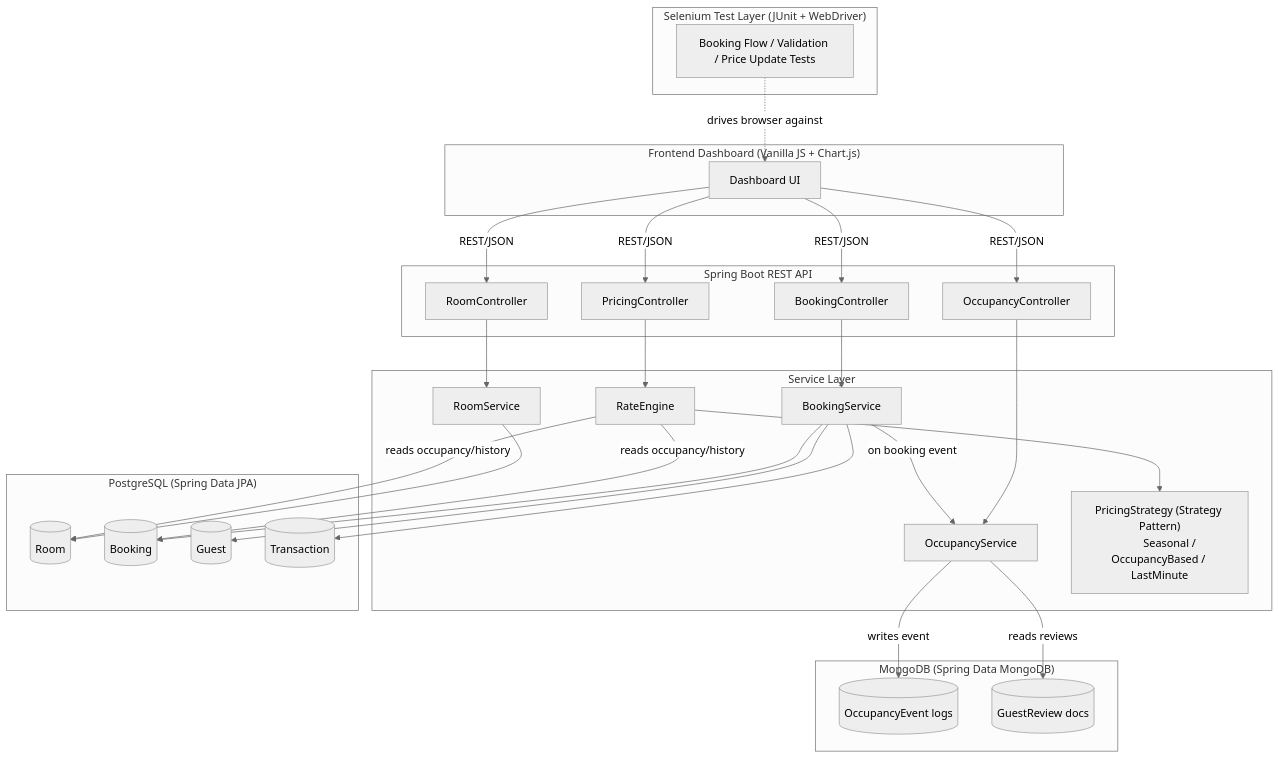
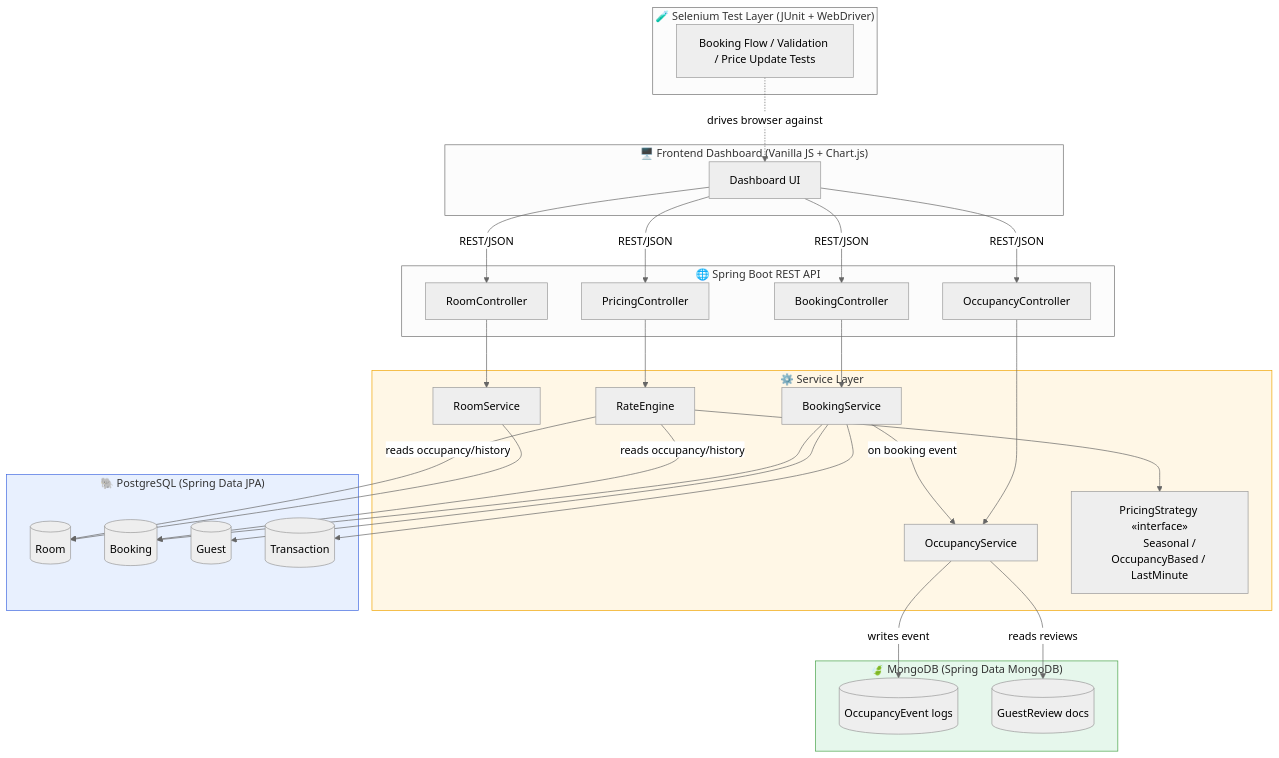
One commit to divyat2605/dynamicstay-revenue-engine changed the first of 5 diagrams in docs/architecture.md. Above: the diagram before and after it, drawn with Mermaid (neutral theme). The commit also changed other lines of this file, not shown here.

Commit message:
docs: beautify architecture.md in ./docs

````diff
--- a/docs/architecture.md
+++ b/docs/architecture.md
@@ -34,62 +56,66 @@
 ```mermaid
 flowchart TB
-    subgraph Client["Frontend Dashboard (Vanilla JS + Chart.js)"]
+    subgraph Client["🖥️ Frontend Dashboard (Vanilla JS + Chart.js)"]
         UI[Dashboard UI]
     end
 
-    subgraph API["Spring Boot REST API"]
+    subgraph API["🌐 Spring Boot REST API"]
         RC[RoomController]
         BC[BookingController]
         PC[PricingController]
         OC[OccupancyController]
     end
 
-    subgraph SVC["Service Layer"]
+    subgraph SVC["⚙️ Service Layer"]
         RS[RoomService]
         BS[BookingService]
         RE[RateEngine]
         OS[OccupancyService]
-        PS["PricingStrategy (Strategy Pattern)
+        PS["PricingStrategy «interface»
         Seasonal / OccupancyBased / LastMinute"]
     end
 
-    subgraph SQL["PostgreSQL (Spring Data JPA)"]
+    subgraph SQL["🐘 PostgreSQL (Spring Data JPA)"]
         ROOM[(Room)]
         BOOK[(Booking)]
         GUEST[(Guest)]
         TXN[(Transaction)]
     end
 
-    subgraph NOSQL["MongoDB (Spring Data MongoDB)"]
+    subgraph NOSQL["🍃 MongoDB (Spring Data MongoDB)"]
         EVT[(OccupancyEvent logs)]
         REV[(GuestReview docs)]
     end
 
-    subgraph TEST["Selenium Test Layer (JUnit + WebDriver)"]
+    subgraph TEST["🧪 Selenium Test Layer (JUnit + WebDriver)"]
         ST[Booking Flow / Validation / Price Update Tests]
     end
 
     UI -- REST/JSON --> RC
     UI -- REST/JSON --> BC
     UI -- REST/JSON --> PC
     UI -- REST/JSON --> OC
 
     RC --> RS
     BC --> BS
     PC --> RE
     OC --> OS
 
     RS --> ROOM
     BS --> BOOK
     BS --> GUEST
     BS --> TXN
     BS -- on booking event --> OS
     RE --> PS
     RE -- reads occupancy/history --> ROOM
     RE -- reads occupancy/history --> BOOK
 
     OS -- writes event --> EVT
     OS -- reads reviews --> REV
 
     ST -. drives browser against .-> UI
+
+    style SQL fill:#e8f0fe,stroke:#4169E1
+    style NOSQL fill:#e6f7ec,stroke:#47A248
+    style SVC fill:#fff7e6,stroke:#f0a500
 ```
````
